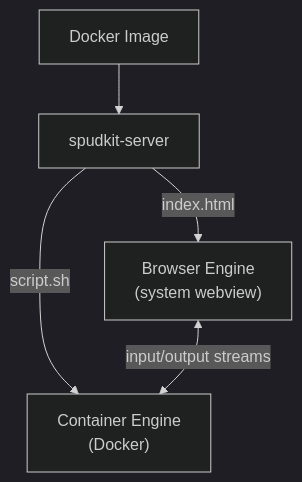
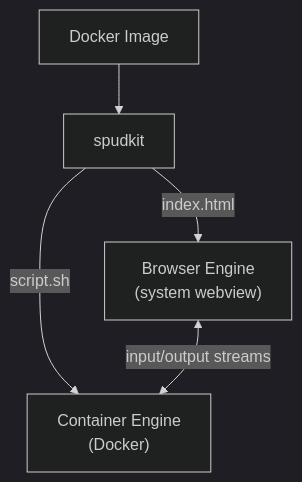
One commit to kantord/spudkit changed the diagram in README.md. Above: the diagram before and after it, drawn with Mermaid (dark theme). The commit also changed 29 other files, not shown here.

````diff
--- a/README.md
+++ b/README.md
@@ -33,7 +33,7 @@
 ```mermaid
 graph TB
-    IMAGE["Docker Image"] --> SERVER["spudkit-server"]
+    IMAGE["Docker Image"] --> SERVER["spudkit"]
     SERVER -- "index.html" --> BROWSER["Browser Engine\n(system webview)"]
     SERVER -- "script.sh" --> DOCKER["Container Engine\n(Docker)"]
     BROWSER <-- "input/output streams" --> DOCKER
 ```
````
